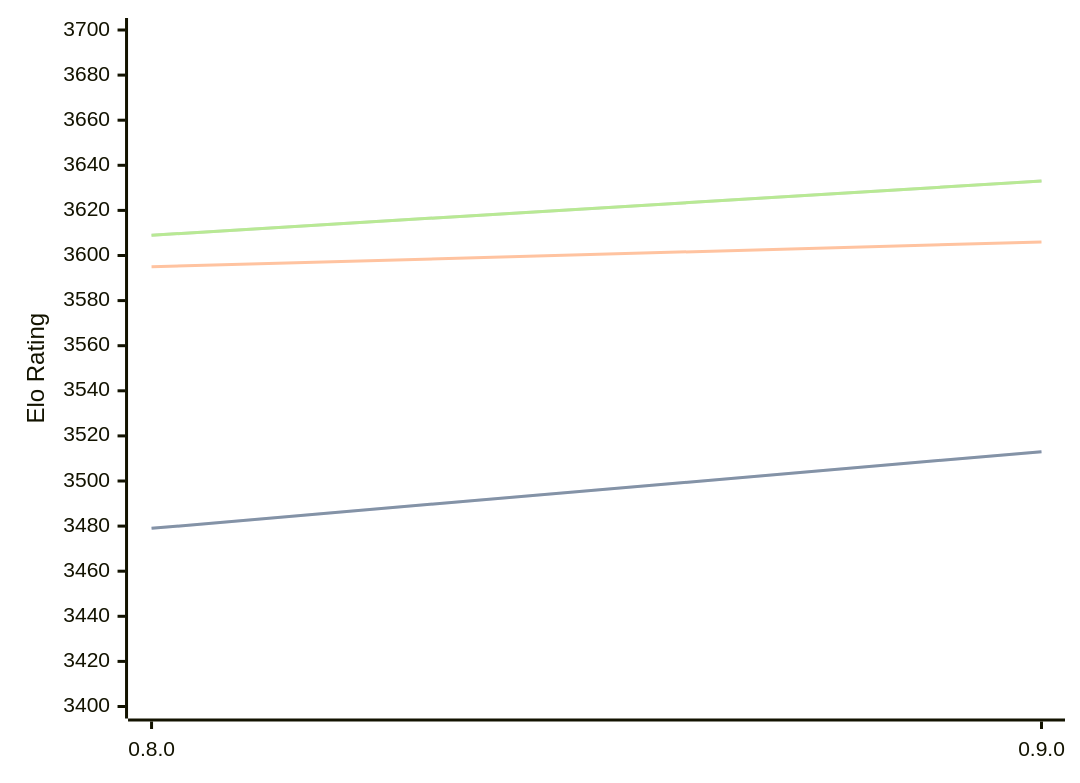
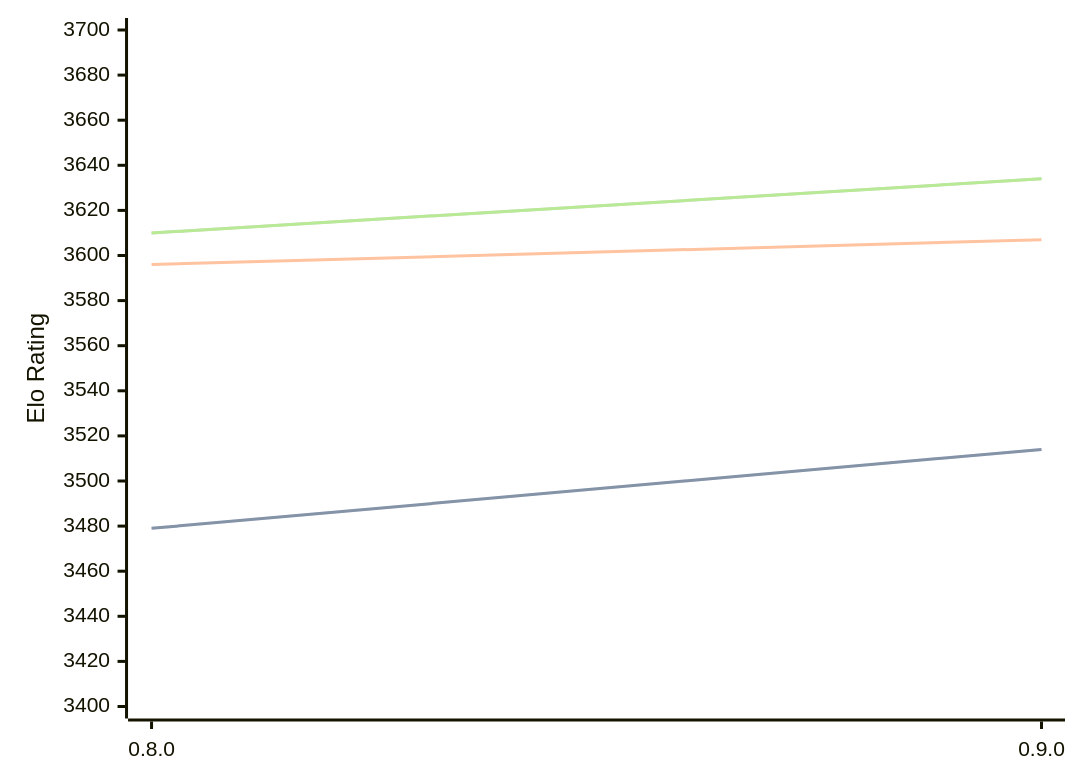
Before and after one commit to computer-chess-index/cci: the diagram in engines/Reckless.md, drawn with Mermaid. The commit also changed other lines of this file, not shown here.

Commit message:
Update CCI Ratings (ELO VLTC) - 2026-04-19

````diff
--- a/engines/Reckless.md
+++ b/engines/Reckless.md
@@ -39,11 +39,11 @@
 ```mermaid
 %%{init: {"theme":"base","themeVariables":{"seriesColors:['#a3a3a3','#222221','#faa371']}}}%%
 xychart-beta
   x-axis ["0.8.0", "0.9.0"]
   y-axis "Elo Rating" 3400 --> 3700
-  line "STC (8.0+0.08s)" [3479, 3513]
-  line "STC (8.0+0.08s)" [3479, 3513]
-  line "LTC (60.0+0.60s)" [3595, 3606]
-  line "VLTC (2m24s+1.12s)" [3609, 3633]
-  line "VLTC (2m24s+1.12s)" [3609, 3633]
+  line "STC (8.0+0.08s)" [3479, 3514]
+  line "STC (8.0+0.08s)" [3479, 3514]
+  line "LTC (60.0+0.60s)" [3596, 3607]
+  line "VLTC (2m24s+1.12s)" [3610, 3634]
+  line "VLTC (2m24s+1.12s)" [3610, 3634]
 ```
````
